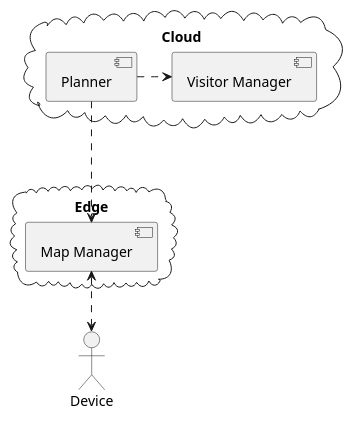
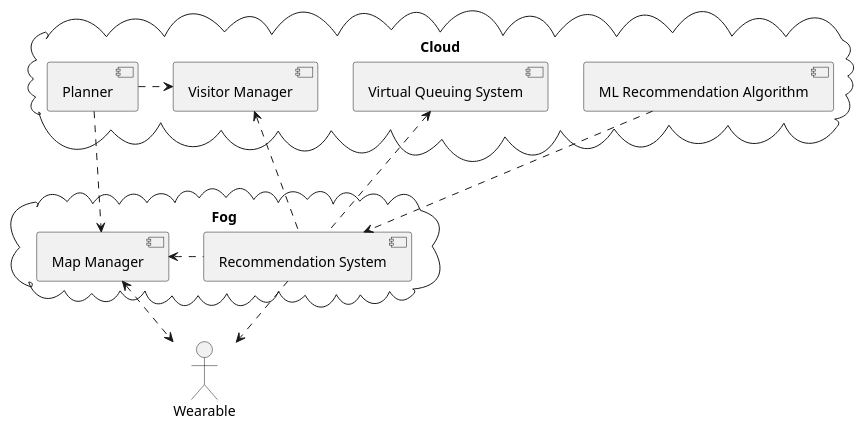
Before and after one commit to ICPS-MicroCity/amusement-park-analysis: the diagram in doc/res/deployment.puml, drawn with PlantUML. The commit also changed 1 other file, not shown here.

Commit message:
chore: add deployment diagram

```diff
--- a/doc/res/deployment.puml
+++ b/doc/res/deployment.puml
@@ -1,19 +1,32 @@
 @startuml deployment
 top to bottom direction
 
 cloud "Cloud" as c {
     component "Visitor Manager" as vm
     component "Planner" as planner
+    component "ML Recommendation Algorithm" as ml
+    component "Virtual Queuing System" as vqs
 }
 
-cloud "Edge" as edge {
+cloud "Fog" as fog {
+    component "Recommendation System" as rs
     component "Map Manager" as mm
+
+    mm <.right. rs
 }
 
-actor "Device" as d
+
+actor "Wearable" as d
+
+ml .d.> rs
+
+rs .u.> vqs
+rs .u.> vm
 
 planner .right.> vm
 planner .down..> mm
 
+rs .d.> d
+
 mm <.d.> d
 @enduml
```
